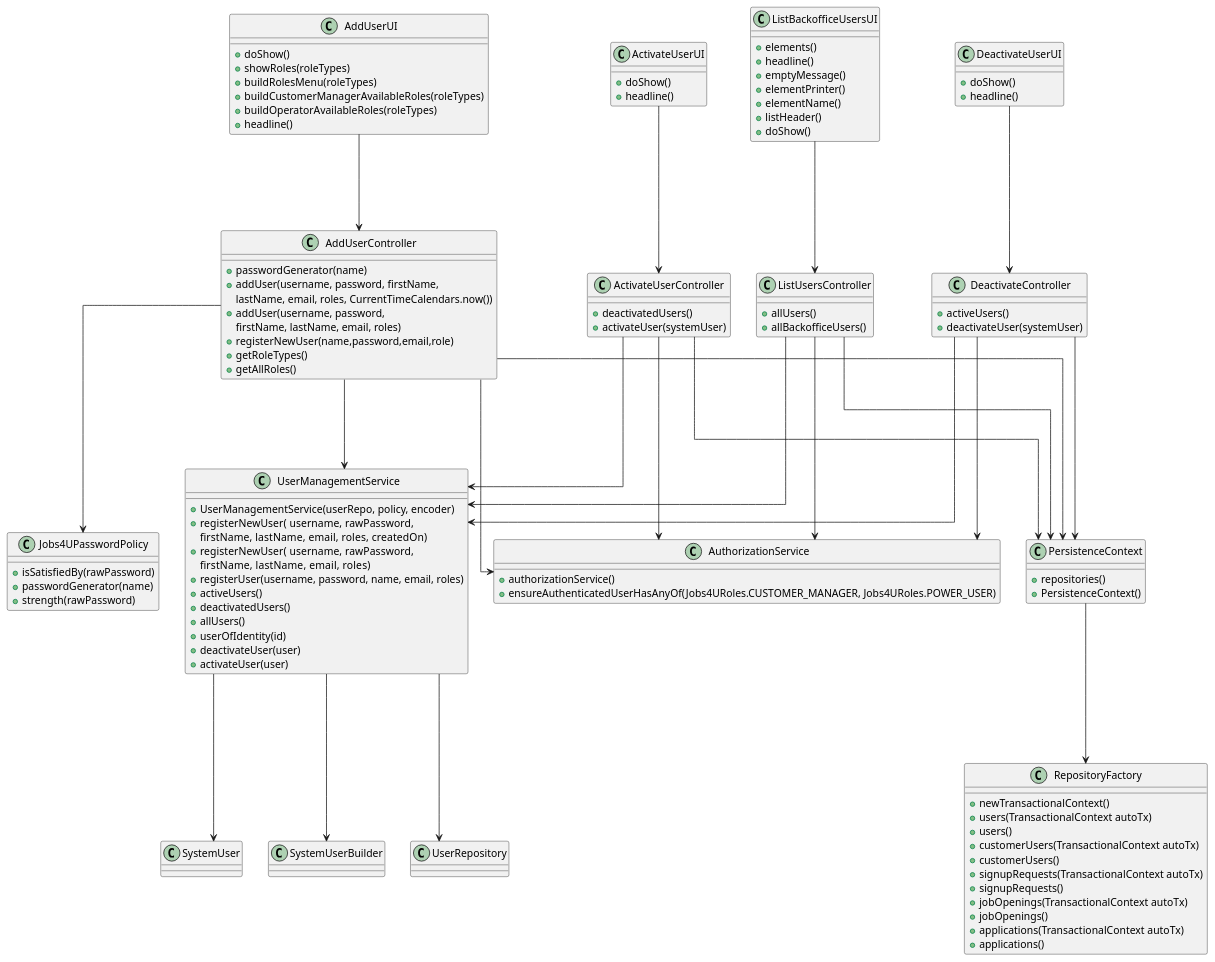
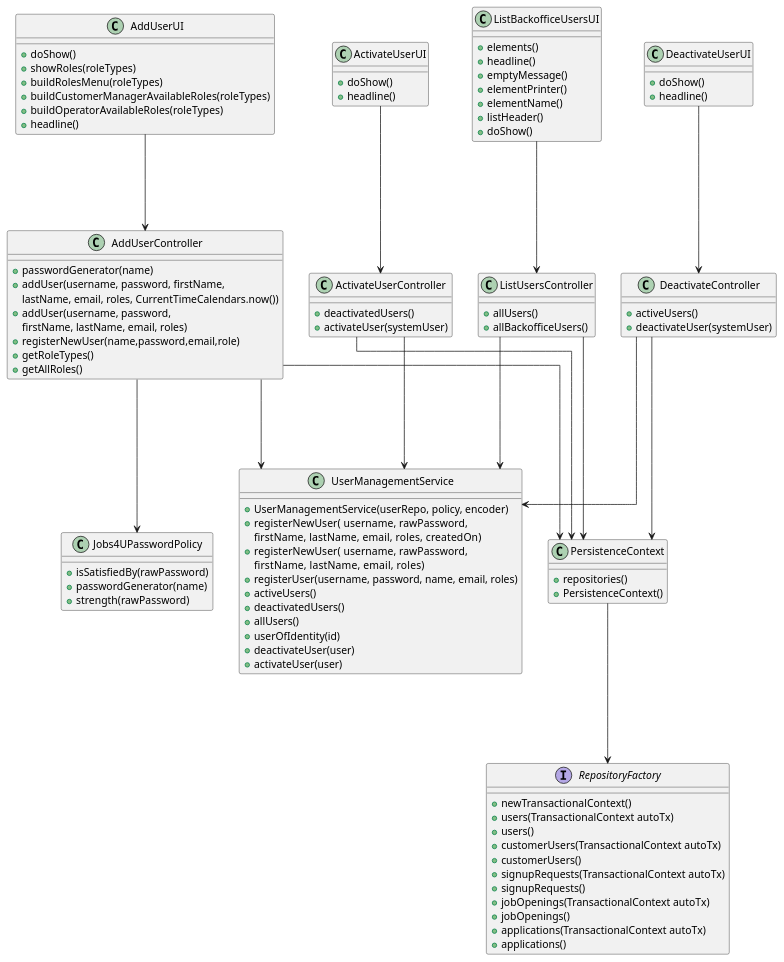
Before and after one commit to MiguelCardoso77/LAPR4: the diagram in docs/SprintB/1000/1000-class-diagram.puml, drawn with PlantUML. The commit also changed 1 other file, not shown here.

Commit message:
class diagram updated #8

```diff
--- a/docs/SprintB/1000/1000-class-diagram.puml
+++ b/docs/SprintB/1000/1000-class-diagram.puml
@@ -1,153 +1,136 @@
 @startuml
 skinparam linetype ortho
 'left to right direction
 
 class AddUserUI {
     + doShow()
     + showRoles(roleTypes)
     + buildRolesMenu(roleTypes)
     + buildCustomerManagerAvailableRoles(roleTypes)
     + buildOperatorAvailableRoles(roleTypes)
     +  headline()
 }
 
 class ActivateUserUI {
     + doShow()
     + headline()
 }
 
 class DeactivateUserUI {
     + doShow()
     + headline()
 }
 
 class ListBackofficeUsersUI {
     + elements()
     + headline()
     + emptyMessage()
     + elementPrinter()
     + elementName()
     + listHeader()
     + doShow()
 }
 
 class AddUserController {
     + passwordGenerator(name)
     + addUser(username, password, firstName,
     lastName, email, roles, CurrentTimeCalendars.now())
     + addUser(username, password,
     firstName, lastName, email, roles)
     + registerNewUser(name,password,email,role)
     + getRoleTypes()
     + getAllRoles()
 }
 
 class ActivateUserController {
     + deactivatedUsers()
     + activateUser(systemUser)
 }
 
 class DeactivateController {
     + activeUsers()
     + deactivateUser(systemUser)
 }
 
 class ListUsersController {
     + allUsers()
     + allBackofficeUsers()
 }
 
 class Jobs4UPasswordPolicy {
     + isSatisfiedBy(rawPassword)
     + passwordGenerator(name)
     + strength(rawPassword)
 }
 
-class AuthorizationService {
-    + authorizationService()
-    + ensureAuthenticatedUserHasAnyOf(Jobs4URoles.CUSTOMER_MANAGER, Jobs4URoles.POWER_USER)
-}
-
-class RepositoryFactory {
+interface RepositoryFactory {
     + newTransactionalContext()
     + users(TransactionalContext autoTx)
     + users()
     + customerUsers(TransactionalContext autoTx)
     + customerUsers()
     + signupRequests(TransactionalContext autoTx)
     + signupRequests()
     + jobOpenings(TransactionalContext autoTx)
     + jobOpenings()
     + applications(TransactionalContext autoTx)
     + applications()
 }
 
 class PersistenceContext {
     + repositories()
     + PersistenceContext()
 }
 
 class UserManagementService {
     + UserManagementService(userRepo, policy, encoder)
     + registerNewUser( username,  rawPassword,
     firstName,  lastName,  email, roles, createdOn)
     + registerNewUser( username,  rawPassword,
     firstName,  lastName,  email, roles)
     + registerUser(username, password, name, email, roles)
     + activeUsers()
     + deactivatedUsers()
     + allUsers()
     + userOfIdentity(id)
     + deactivateUser(user)
     + activateUser(user)
 }
 
 
 AddUserUI ---> AddUserController
 
 AddUserController ---> Jobs4UPasswordPolicy
 
-AddUserController ---> AuthorizationService
-
 AddUserController ---> UserManagementService
 
 AddUserController ---> PersistenceContext
 
 
 ActivateUserUI ---> ActivateUserController
 
-ActivateUserController ---> AuthorizationService
 
 ActivateUserController ---> UserManagementService
 
 ActivateUserController ---> PersistenceContext
 
 
 DeactivateUserUI ---> DeactivateController
 
-DeactivateController ---> AuthorizationService
 
 DeactivateController ---> UserManagementService
 
 DeactivateController ---> PersistenceContext
 
 
 ListBackofficeUsersUI ---> ListUsersController
 
-ListUsersController ---> AuthorizationService
 
 ListUsersController ---> UserManagementService
 
 ListUsersController ---> PersistenceContext
 
 
-UserManagementService ---> SystemUserBuilder
-
-UserManagementService ---> UserRepository
-
-UserManagementService ---> SystemUser
-
-
 PersistenceContext ---> RepositoryFactory
 
 @enduml
```
